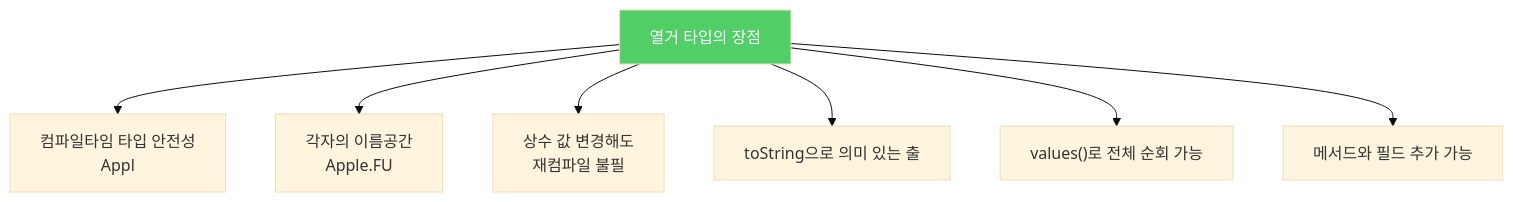
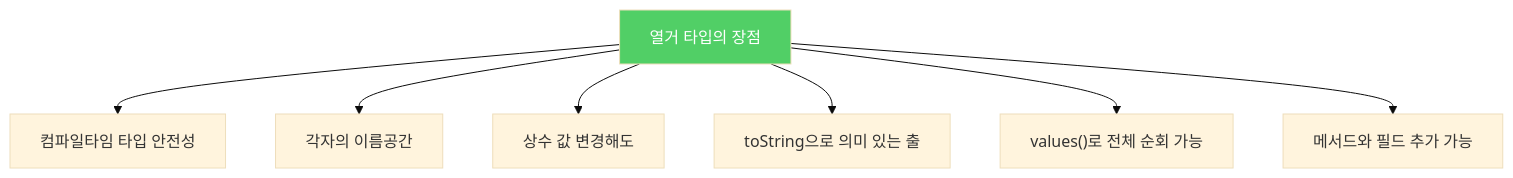
The first of 2 diagrams in _posts/java/2022-01-12-effective-java34.md (yjkim2015/yjkim2015.github.io), drawn with Mermaid (base theme) before and after one commit. The commit also changed 217 other files, not shown here.

First line of the commit message:
Mermaid 크기 수정: useMaxWidth:true + SVG max-width:100% + 라벨 축소

````diff
--- a/_posts/java/2022-01-12-effective-java34.md
+++ b/_posts/java/2022-01-12-effective-java34.md
@@ -46,10 +46,10 @@
 ```mermaid
 graph TD
-    A["열거 타입의 장점"] --> B["컴파일타임 타입 안전성\nAppl"]
-    A --> C["각자의 이름공간\nApple.FU"]
-    A --> D["상수 값 변경해도\n재컴파일 불필"]
+    A["열거 타입의 장점"] --> B["컴파일타임 타입 안전성"]
+    A --> C["각자의 이름공간"]
+    A --> D["상수 값 변경해도"]
     A --> E["toString으로 의미 있는 출"]
     A --> F["values()로 전체 순회 가능"]
     A --> G["메서드와 필드 추가 가능"]
     style A fill:#51cf66,color:#fff
 ```
````
